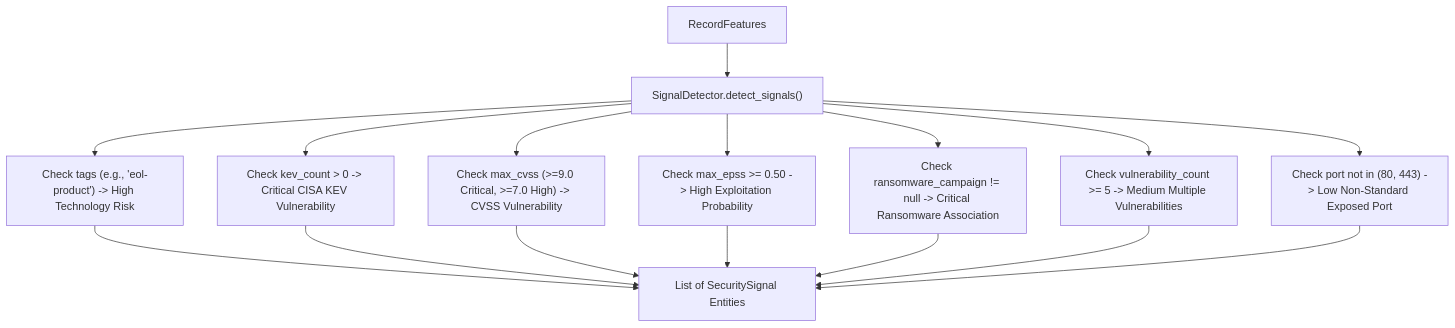
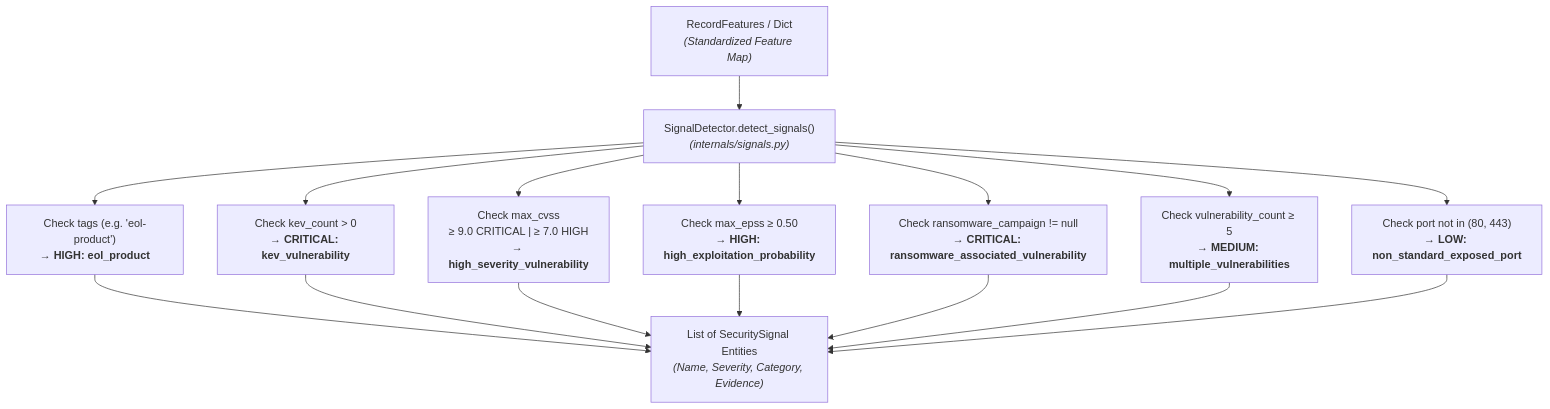
The third of 4 diagrams in backend/src/services/aggregator/README.md (dev-anuj007/cyber_intel), drawn with Mermaid before and after one commit. The commit also changed other lines of this file and 1 other file, not shown here.

````diff
--- a/backend/src/services/aggregator/README.md
+++ b/backend/src/services/aggregator/README.md
@@ -68,18 +80,18 @@
 ```mermaid
 flowchart TD
-    Feat["RecordFeatures"] --> SigDet["SignalDetector.detect_signals()"]
-    SigDet --> Tech["Check tags (e.g., 'eol-product') -> High Technology Risk"]
-    SigDet --> KEV["Check kev_count > 0 -> Critical CISA KEV Vulnerability"]
-    SigDet --> CVSS["Check max_cvss (>=9.0 Critical, >=7.0 High) -> CVSS Vulnerability"]
-    SigDet --> EPSS["Check max_epss >= 0.50 -> High Exploitation Probability"]
-    SigDet --> Ransom["Check ransomware_campaign != null -> Critical Ransomware Association"]
-    SigDet --> VulnCount["Check vulnerability_count >= 5 -> Medium Multiple Vulnerabilities"]
-    SigDet --> Ports["Check port not in (80, 443) -> Low Non-Standard Exposed Port"]
-    Tech --> Signals["List of SecuritySignal Entities"]
+    Feat["RecordFeatures / Dict<br/><i>(Standardized Feature Map)</i>"] --> SigDet["SignalDetector.detect_signals()<br/><i>(internals/signals.py)</i>"]
+    SigDet --> Tech["Check tags (e.g. 'eol-product')<br/>&rarr; <b>HIGH: eol_product</b>"]
+    SigDet --> KEV["Check kev_count > 0<br/>&rarr; <b>CRITICAL: kev_vulnerability</b>"]
+    SigDet --> CVSS["Check max_cvss<br/>&ge; 9.0 CRITICAL | &ge; 7.0 HIGH<br/>&rarr; <b>high_severity_vulnerability</b>"]
+    SigDet --> EPSS["Check max_epss &ge; 0.50<br/>&rarr; <b>HIGH: high_exploitation_probability</b>"]
+    SigDet --> Ransom["Check ransomware_campaign != null<br/>&rarr; <b>CRITICAL: ransomware_associated_vulnerability</b>"]
+    SigDet --> VulnCount["Check vulnerability_count &ge; 5<br/>&rarr; <b>MEDIUM: multiple_vulnerabilities</b>"]
+    SigDet --> Ports["Check port not in (80, 443)<br/>&rarr; <b>LOW: non_standard_exposed_port</b>"]
+    Tech --> Signals["List of SecuritySignal Entities<br/><i>(Name, Severity, Category, Evidence)</i>"]
     KEV --> Signals
     CVSS --> Signals
     EPSS --> Signals
     Ransom --> Signals
     VulnCount --> Signals
     Ports --> Signals
 ```
````
